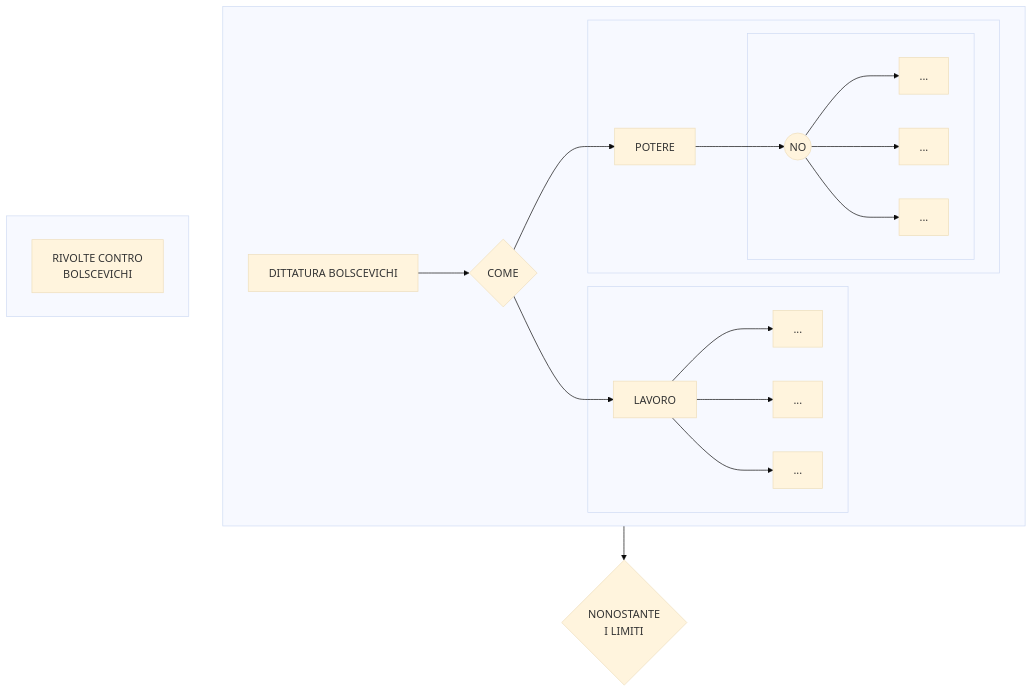
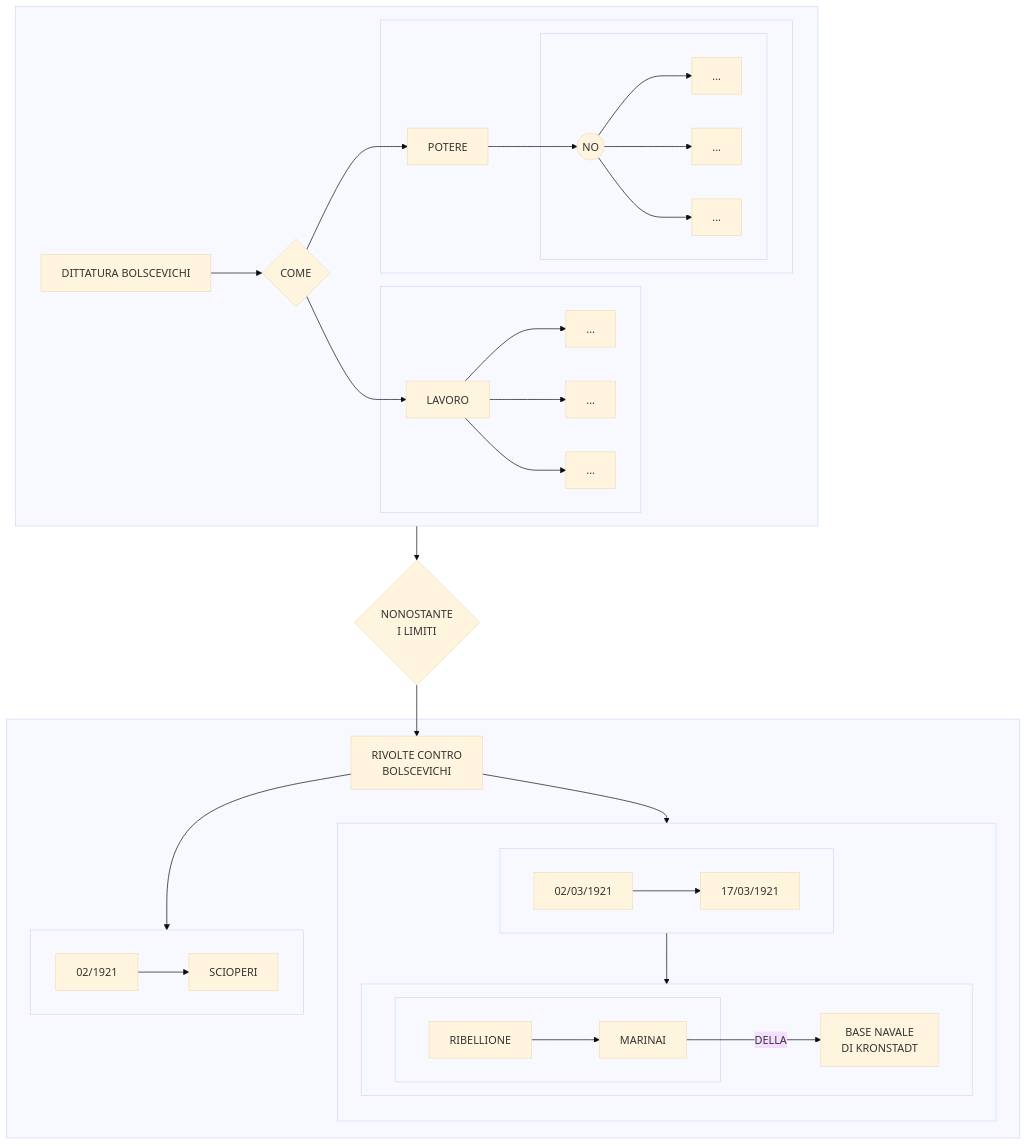
The diagram in prova.md (Laaouatni/ricerca-storia-MermaidJS), drawn with Mermaid (base theme) before and after one commit.

````diff
--- a/prova.md
+++ b/prova.md
@@ -1,31 +1,57 @@
 ```mermaid
 flowchart TB
   subgraph 04[" "]
     0[DITTATURA BOLSCEVICHI]
     01{COME}
     subgraph 02[" "]
       010[POTERE]
       subgraph 020[" "]
         0100((NO))
         01000[...]
         01001[...]
         01002[...]
       end
     end
     subgraph 03[" "]
       011[LAVORO]
       0110[...]
       0111[...]
       0112[...]
     end
     0 --> 01 --> 010 & 011
     010 --> 0100
     0100 --> 01000 & 01001 & 01002
     011 --> 0110 & 0111 & 0112
   end
   1{NONOSTANTE <br> I LIMITI}
   04 --> 1
   subgraph 10[" "]
     100[RIVOLTE CONTRO <br> BOLSCEVICHI]
+    subgraph 21[" "]
+      20[02/1921]
+      200[SCIOPERI]
+      20 --> 200
+    end
+    subgraph 22[" "]
+      direction TB;
+      subgraph 220[" "]
+        direction LR;
+        2200[02/03/1921]
+        2201[17/03/1921]
+        2200 --> 2201
+      end
+      subgraph 221[" "]
+        subgraph 222[" "]
+          2220[RIBELLIONE]
+          2221[MARINAI]
+        end
+        223[BASE NAVALE <br> DI KRONSTADT]
+        2220 --> 2221
+        2221 -->|DELLA| 223
+      end
+      220 --> 221
+    end
+    100 --> 21 & 22
   end
+  1 --> 100
 ```
````
